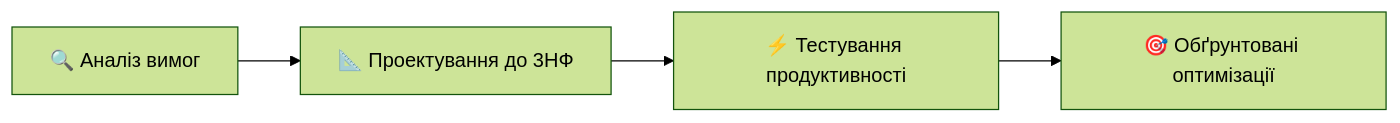
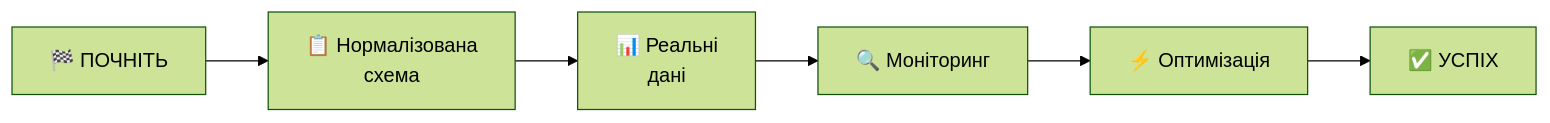
Before and after one commit to olroi421/course-bd: the tenth of 10 diagrams in presentations/presentation-06.md, drawn with Mermaid (forest theme). The commit also changed other lines of this file and 12 other files, not shown here.

````diff
--- a/presentations/presentation-06.md
+++ b/presentations/presentation-06.md
@@ -637,6 +703,8 @@
 ```mermaid
 graph LR
-    A[🔍 Аналіз вимог] --> B[📐 Проектування до 3НФ]
-    B --> C[⚡ Тестування продуктивності]
-    C --> D[🎯 Обґрунтовані оптимізації]
+    A[🏁 ПОЧНІТЬ] --> B[📋 Нормалізована<br/>схема]
+    B --> C[📊 Реальні<br/>дані]
+    C --> D[🔍 Моніторинг]
+    D --> E[⚡ Оптимізація]
+    E --> F[✅ УСПІХ]
 ```
````
